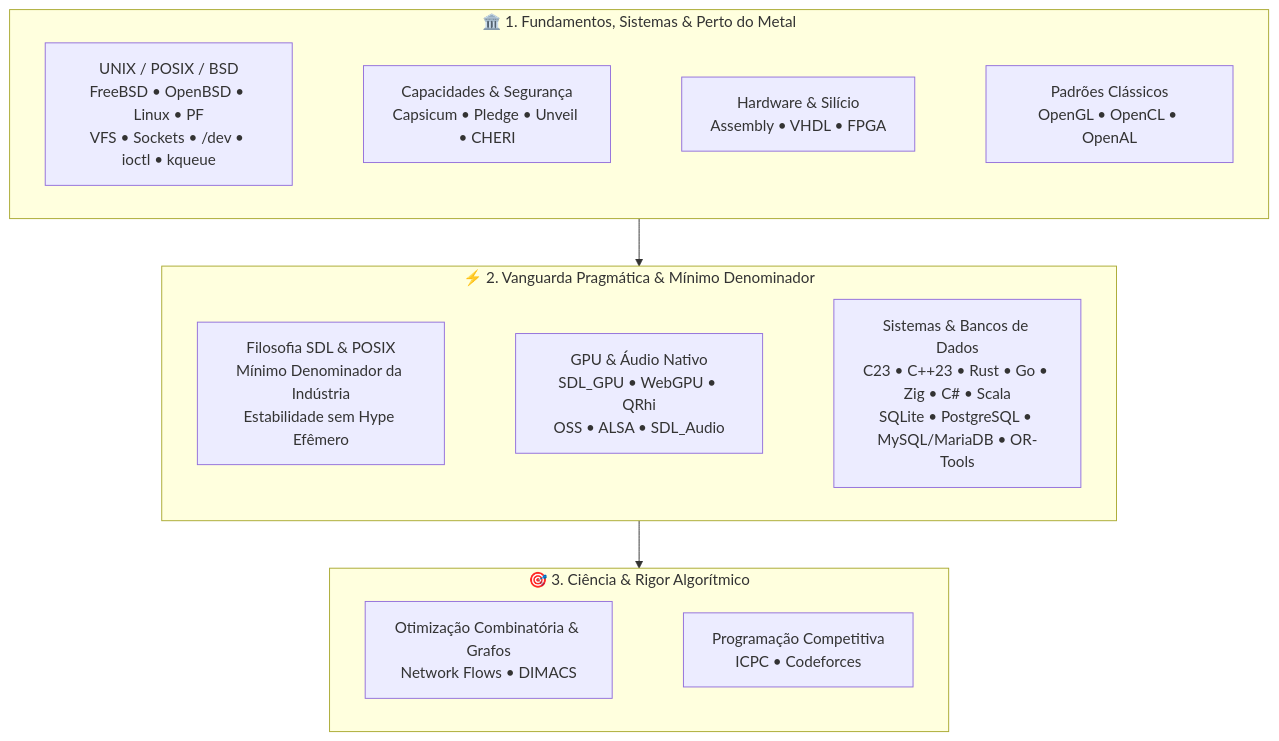
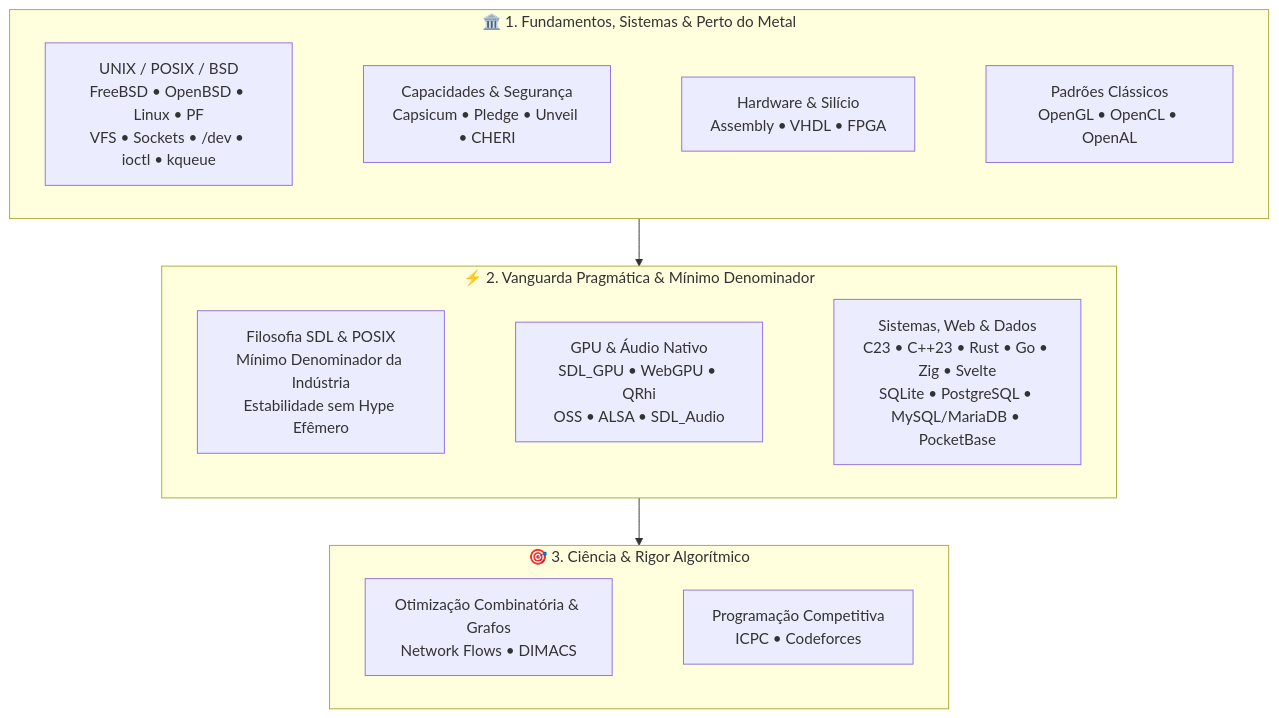
The diagram in README.md (GabrielFrigo4/GabrielFrigo4), drawn with Mermaid before and after one commit. The commit also changed other lines of this file, not shown here.

Commit message:
docs(profile): incorporar filosofia do compilador deterministico, svelte e simetria os/infra

````diff
--- a/README.md
+++ b/README.md
@@ -16,28 +16,28 @@
 ```mermaid
 flowchart TD
     subgraph S1 ["🏛️ 1. Fundamentos, Sistemas & Perto do Metal"]
         direction LR
         UNIX["UNIX / POSIX / BSD<br/>FreeBSD • OpenBSD • Linux • PF<br/>VFS • Sockets • /dev • ioctl • kqueue"]
         SEC["Capacidades & Segurança<br/>Capsicum • Pledge • Unveil • CHERI"]
         HW["Hardware & Silício<br/>Assembly • VHDL • FPGA"]
         HIST["Padrões Clássicos<br/>OpenGL • OpenCL • OpenAL"]
         UNIX ~~~ SEC ~~~ HW ~~~ HIST
     end
 
     subgraph S2 ["⚡ 2. Vanguarda Pragmática & Mínimo Denominador"]
         direction LR
         SDL_PHIL["Filosofia SDL & POSIX<br/>Mínimo Denominador da Indústria<br/>Estabilidade sem Hype Efêmero"]
         MOD_GPU["GPU & Áudio Nativo<br/>SDL_GPU • WebGPU • QRhi<br/>OSS • ALSA • SDL_Audio"]
-        SYS_PRAG["Sistemas & Bancos de Dados<br/>C23 • C++23 • Rust • Go • Zig • C# • Scala<br/>SQLite • PostgreSQL • MySQL/MariaDB • OR-Tools"]
+        SYS_PRAG["Sistemas, Web & Dados<br/>C23 • C++23 • Rust • Go • Zig • Svelte<br/>SQLite • PostgreSQL • MySQL/MariaDB • PocketBase"]
         SDL_PHIL ~~~ MOD_GPU ~~~ SYS_PRAG
     end
 
     subgraph S3 ["🎯 3. Ciência & Rigor Algorítmico"]
         direction LR
         OPT["Otimização Combinatória & Grafos<br/>Network Flows • DIMACS"]
         CP["Programação Competitiva<br/>ICPC • Codeforces"]
         OPT ~~~ CP
     end
 
     S1 --> S2 --> S3
 ```
````
